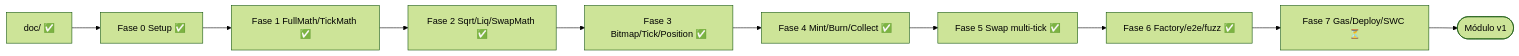
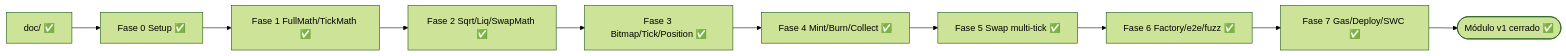
Before and after one commit to rastrahm/amm-v3-concentrated-liquidity: the ninth of 9 diagrams in doc/flujograma.md, drawn with Mermaid (forest theme). The commit also changed other lines of this file and 1 other file, not shown here.

````diff
--- a/doc/flujograma.md
+++ b/doc/flujograma.md
@@ -167,12 +167,12 @@
 ```mermaid
 flowchart LR
     Doc[doc/ ✅] --> F0[Fase 0 Setup ✅]
     F0 --> F1[Fase 1 FullMath/TickMath ✅]
     F1 --> F2[Fase 2 Sqrt/Liq/SwapMath ✅]
     F2 --> F3[Fase 3 Bitmap/Tick/Position ✅]
     F3 --> F4[Fase 4 Mint/Burn/Collect ✅]
     F4 --> F5[Fase 5 Swap multi-tick ✅]
     F5 --> F6[Fase 6 Factory/e2e/fuzz ✅]
-    F6 --> F7[Fase 7 Gas/Deploy/SWC ⏳]
-    F7 --> Done([Módulo v1])
+    F6 --> F7[Fase 7 Gas/Deploy/SWC ✅]
+    F7 --> Done([Módulo v1 cerrado ✅])
 ```
````
